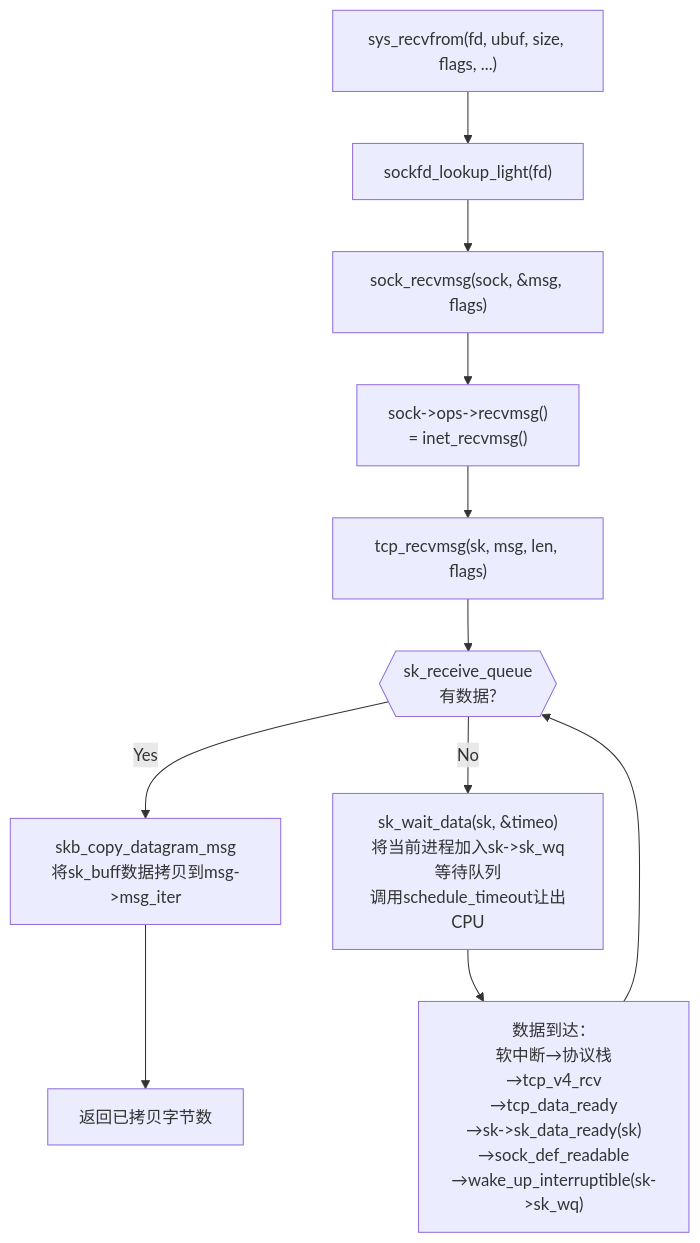
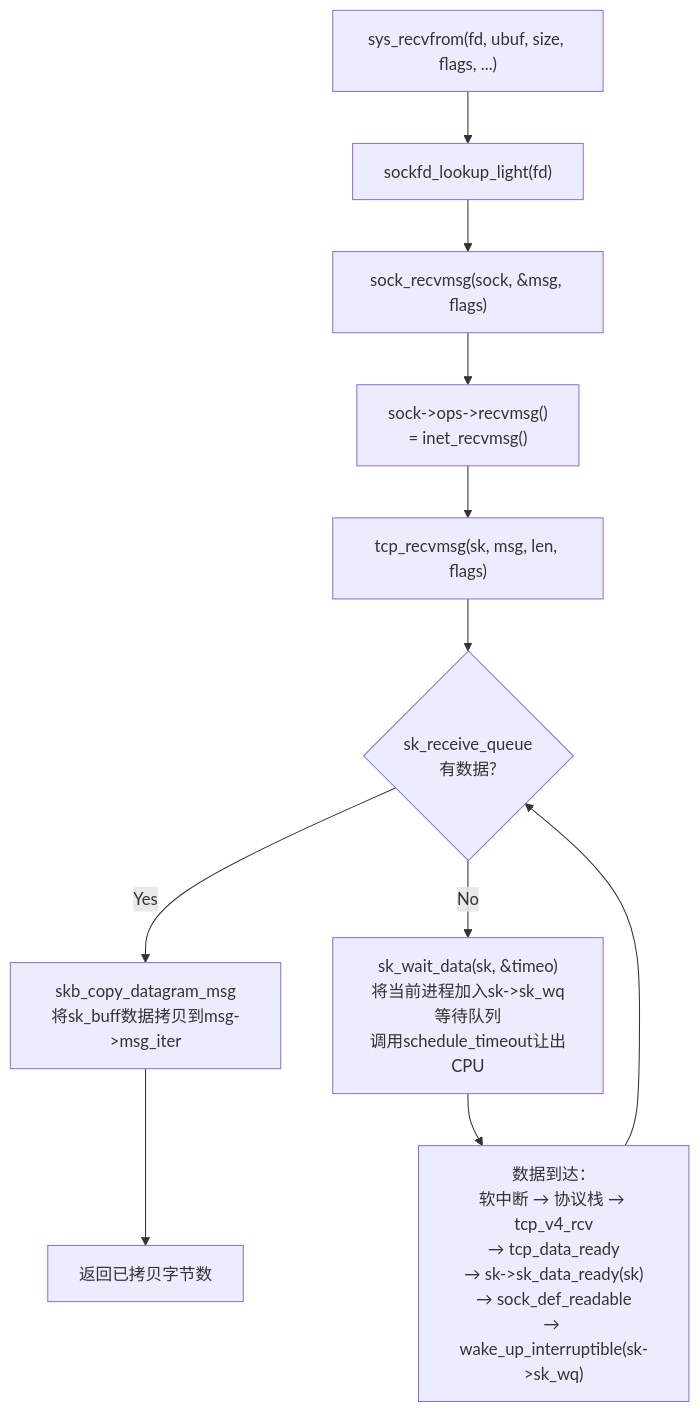
Before and after one commit to pandaychen/pandaychen.github.io: diagram 15 of 15 in _posts/2025-07-03-A-LINUX-KERNEL-TRAVEL-16.md, drawn with Mermaid. The commit also changed other lines of this file, not shown here.

Commit message:
update io

````diff
--- a/_posts/2025-07-03-A-LINUX-KERNEL-TRAVEL-16.md
+++ b/_posts/2025-07-03-A-LINUX-KERNEL-TRAVEL-16.md
@@ -1203,16 +1203,16 @@
 ```mermaid
 flowchart TB
     SYSCALL["sys_recvfrom(fd, ubuf, size, flags, ...)"] --> SOCKFD["sockfd_lookup_light(fd)"]
     SOCKFD --> RECVMSG["sock_recvmsg(sock, &msg, flags)"]
     RECVMSG --> PROTO["sock->ops->recvmsg()<br/>= inet_recvmsg()"]
     PROTO --> TCP["tcp_recvmsg(sk, msg, len, flags)"]
 
-    TCP --> CHECK{{"sk_receive_queue<br/>有数据?"}}
+    TCP --> CHECK{"sk_receive_queue<br/>有数据?"}
     CHECK -->|Yes| COPYOUT["skb_copy_datagram_msg<br/>将sk_buff数据拷贝到msg->msg_iter"]
     CHECK -->|No| WAIT["sk_wait_data(sk, &timeo)<br/>将当前进程加入sk->sk_wq等待队列<br/>调用schedule_timeout让出CPU"]
 
-    WAIT --> WAKEUP["数据到达：<br/>软中断→协议栈→tcp_v4_rcv<br/>→tcp_data_ready<br/>→sk->sk_data_ready(sk)<br/>→sock_def_readable<br/>→wake_up_interruptible(sk->sk_wq)"]
+    WAIT --> WAKEUP["数据到达：<br/>软中断 → 协议栈 → tcp_v4_rcv<br/>→ tcp_data_ready<br/>→ sk->sk_data_ready(sk)<br/>→ sock_def_readable<br/>→ wake_up_interruptible(sk->sk_wq)"]
     WAKEUP --> CHECK
 
     COPYOUT --> RETURN["返回已拷贝字节数"]
 ```
````
